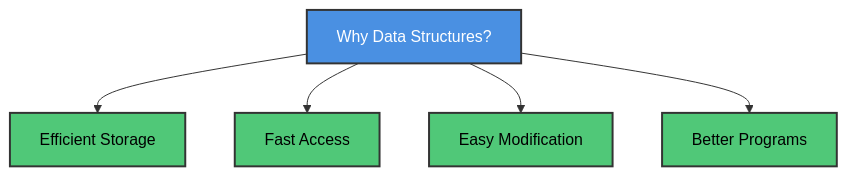
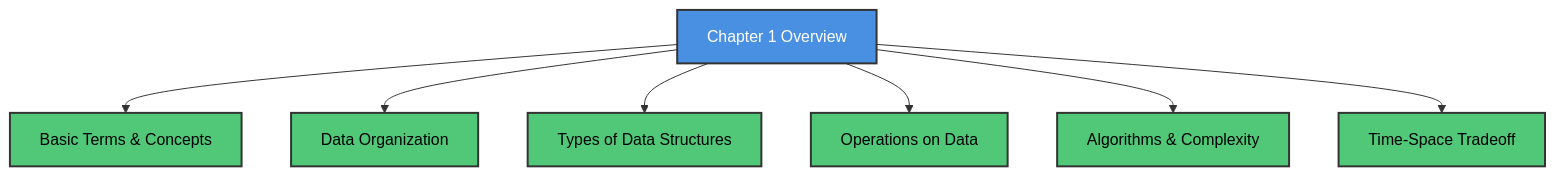
Before and after one commit to M-F-Tushar/CSE-2101-Data-Structure: the first of 29 diagrams in Chapter 1 - Introduction and Overview/README.md, drawn with Mermaid. The commit also changed other lines of this file, not shown here.

````diff
--- a/Chapter 1 - Introduction and Overview/README.md
+++ b/Chapter 1 - Introduction and Overview/README.md
@@ -36,13 +20,17 @@
 ```mermaid
 graph TD
-    A["Why Data Structures?"] --> B["Efficient Storage"]
-    A --> C["Fast Access"]
-    A --> D["Easy Modification"]
-    A --> E["Better Programs"]
+    A["Chapter 1 Overview"] --> B["Basic Terms & Concepts"]
+    A --> C["Data Organization"]
+    A --> D["Types of Data Structures"]
+    A --> E["Operations on Data"]
+    A --> F["Algorithms & Complexity"]
+    A --> G["Time-Space Tradeoff"]
     
     style A fill:#4A90E2,stroke:#333,stroke-width:2px,color:#fff
     style B fill:#50C878,stroke:#333,stroke-width:2px,color:#000
     style C fill:#50C878,stroke:#333,stroke-width:2px,color:#000
     style D fill:#50C878,stroke:#333,stroke-width:2px,color:#000
     style E fill:#50C878,stroke:#333,stroke-width:2px,color:#000
+    style F fill:#50C878,stroke:#333,stroke-width:2px,color:#000
+    style G fill:#50C878,stroke:#333,stroke-width:2px,color:#000
 ```
````
